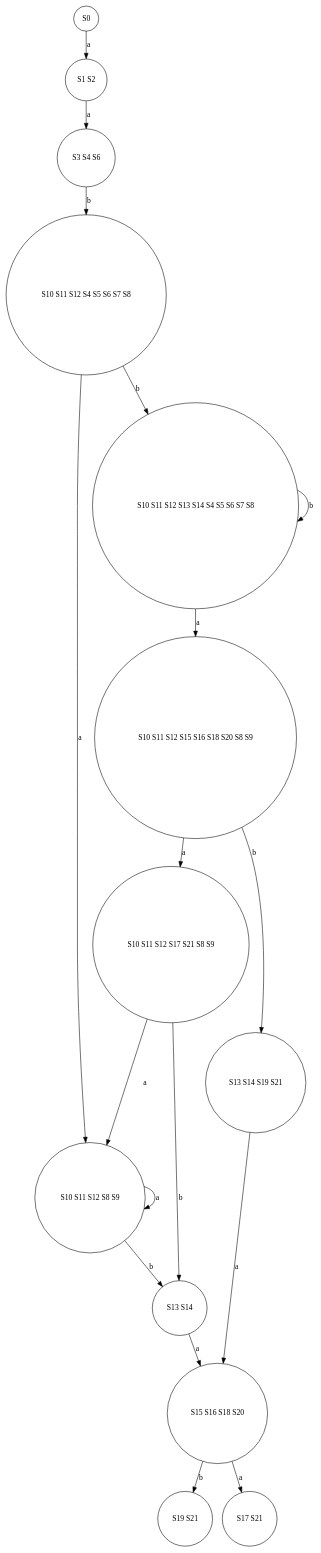
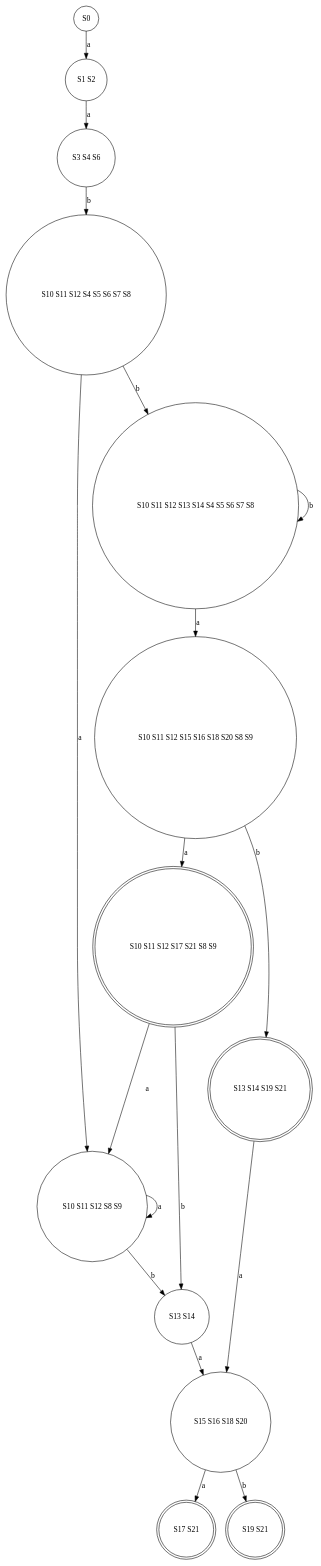
The diagram in output/dfa/dfa.gv (ZiadSheriif/AutoMajestic), drawn with Graphviz before and after one commit. The commit also changed 10 other files, not shown here.

```diff
--- a/output/dfa/dfa.gv
+++ b/output/dfa/dfa.gv
@@ -1,32 +1,32 @@
 digraph DFA {
 	S0 [shape=circle]
 	S0 -> "S1 S2" [label=a]
 	"S1 S2" [shape=circle]
 	"S1 S2" -> "S3 S4 S6" [label=a]
 	"S3 S4 S6" [shape=circle]
 	"S3 S4 S6" -> "S10 S11 S12 S4 S5 S6 S7 S8" [label=b]
 	"S10 S11 S12 S4 S5 S6 S7 S8" [shape=circle]
+	"S10 S11 S12 S4 S5 S6 S7 S8" -> "S10 S11 S12 S8 S9" [label=a]
 	"S10 S11 S12 S4 S5 S6 S7 S8" -> "S10 S11 S12 S13 S14 S4 S5 S6 S7 S8" [label=b]
-	"S10 S11 S12 S4 S5 S6 S7 S8" -> "S10 S11 S12 S8 S9" [label=a]
+	"S10 S11 S12 S8 S9" [shape=circle]
+	"S10 S11 S12 S8 S9" -> "S10 S11 S12 S8 S9" [label=a]
+	"S10 S11 S12 S8 S9" -> "S13 S14" [label=b]
 	"S10 S11 S12 S13 S14 S4 S5 S6 S7 S8" [shape=circle]
+	"S10 S11 S12 S13 S14 S4 S5 S6 S7 S8" -> "S10 S11 S12 S15 S16 S18 S20 S8 S9" [label=a]
 	"S10 S11 S12 S13 S14 S4 S5 S6 S7 S8" -> "S10 S11 S12 S13 S14 S4 S5 S6 S7 S8" [label=b]
-	"S10 S11 S12 S13 S14 S4 S5 S6 S7 S8" -> "S10 S11 S12 S15 S16 S18 S20 S8 S9" [label=a]
-	"S10 S11 S12 S8 S9" [shape=circle]
-	"S10 S11 S12 S8 S9" -> "S13 S14" [label=b]
-	"S10 S11 S12 S8 S9" -> "S10 S11 S12 S8 S9" [label=a]
-	"S10 S11 S12 S15 S16 S18 S20 S8 S9" [shape=circle]
-	"S10 S11 S12 S15 S16 S18 S20 S8 S9" -> "S13 S14 S19 S21" [label=b]
-	"S10 S11 S12 S15 S16 S18 S20 S8 S9" -> "S10 S11 S12 S17 S21 S8 S9" [label=a]
 	"S13 S14" [shape=circle]
 	"S13 S14" -> "S15 S16 S18 S20" [label=a]
-	"S13 S14 S19 S21" [shape=circle]
+	"S10 S11 S12 S15 S16 S18 S20 S8 S9" [shape=circle]
+	"S10 S11 S12 S15 S16 S18 S20 S8 S9" -> "S10 S11 S12 S17 S21 S8 S9" [label=a]
+	"S10 S11 S12 S15 S16 S18 S20 S8 S9" -> "S13 S14 S19 S21" [label=b]
+	"S15 S16 S18 S20" [shape=circle]
+	"S15 S16 S18 S20" -> "S17 S21" [label=a]
+	"S15 S16 S18 S20" -> "S19 S21" [label=b]
+	"S10 S11 S12 S17 S21 S8 S9" [shape=doublecircle]
+	"S10 S11 S12 S17 S21 S8 S9" -> "S10 S11 S12 S8 S9" [label=a]
+	"S10 S11 S12 S17 S21 S8 S9" -> "S13 S14" [label=b]
+	"S13 S14 S19 S21" [shape=doublecircle]
 	"S13 S14 S19 S21" -> "S15 S16 S18 S20" [label=a]
-	"S10 S11 S12 S17 S21 S8 S9" [shape=circle]
-	"S10 S11 S12 S17 S21 S8 S9" -> "S13 S14" [label=b]
-	"S10 S11 S12 S17 S21 S8 S9" -> "S10 S11 S12 S8 S9" [label=a]
-	"S15 S16 S18 S20" [shape=circle]
-	"S15 S16 S18 S20" -> "S19 S21" [label=b]
-	"S15 S16 S18 S20" -> "S17 S21" [label=a]
-	"S19 S21" [shape=circle]
-	"S17 S21" [shape=circle]
+	"S17 S21" [shape=doublecircle]
+	"S19 S21" [shape=doublecircle]
 }
```
